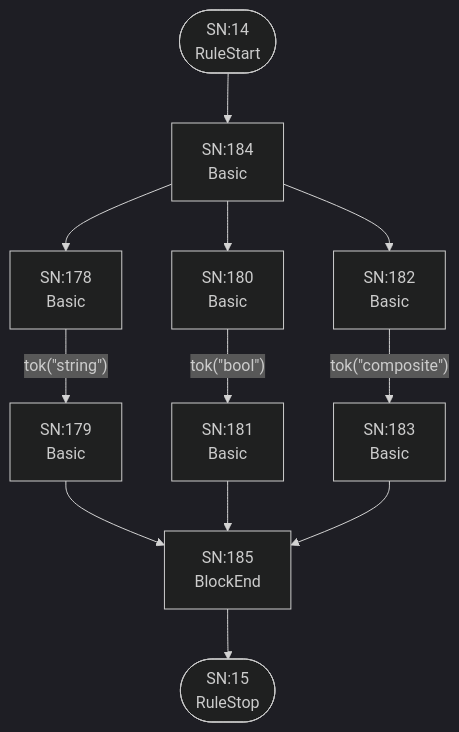
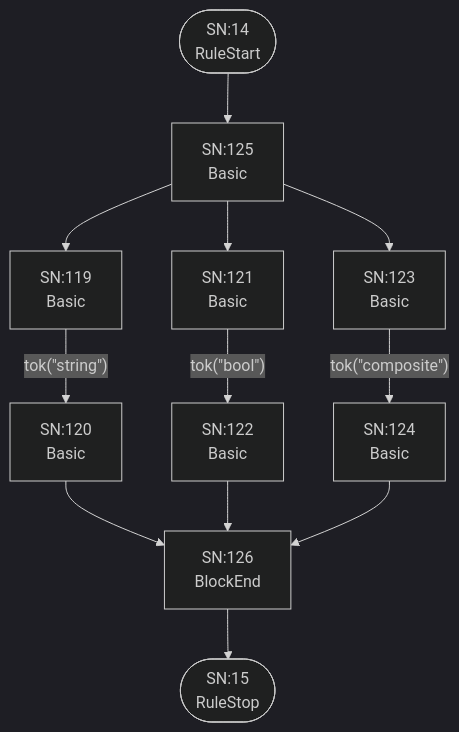
One commit to TypeFox/fastbelt changed the eighth of 25 diagrams in internal/grammar/atn.md. Above: the diagram before and after it, drawn with Mermaid (dark theme). The commit also changed other lines of this file and 12 other files, not shown here.

````diff
--- a/internal/grammar/atn.md
+++ b/internal/grammar/atn.md
@@ -223,25 +223,25 @@
 ```mermaid
 flowchart TD
     q14(["SN:14<br/>RuleStart"])
     q15(["SN:15<br/>RuleStop"])
-    q178["SN:178<br/>Basic<br/>"]
-    q179["SN:179<br/>Basic<br/>"]
-    q180["SN:180<br/>Basic<br/>"]
-    q181["SN:181<br/>Basic<br/>"]
-    q182["SN:182<br/>Basic<br/>"]
-    q183["SN:183<br/>Basic<br/>"]
-    q184["SN:184<br/>Basic<br/>"]
-    q185["SN:185<br/>BlockEnd<br/>"]
+    q119["SN:119<br/>Basic<br/>"]
+    q120["SN:120<br/>Basic<br/>"]
+    q121["SN:121<br/>Basic<br/>"]
+    q122["SN:122<br/>Basic<br/>"]
+    q123["SN:123<br/>Basic<br/>"]
+    q124["SN:124<br/>Basic<br/>"]
+    q125["SN:125<br/>Basic<br/>"]
+    q126["SN:126<br/>BlockEnd<br/>"]
 
-    q14 --> q184
-    q178 -->|"tok(&quot;string&quot;)"| q179
-    q179 --> q185
-    q180 -->|"tok(&quot;bool&quot;)"| q181
-    q181 --> q185
-    q182 -->|"tok(&quot;composite&quot;)"| q183
-    q183 --> q185
-    q184 --> q178
-    q184 --> q180
-    q184 --> q182
-    q185 --> q15
+    q14 --> q125
+    q119 -->|"tok(&quot;string&quot;)"| q120
+    q120 --> q126
+    q121 -->|"tok(&quot;bool&quot;)"| q122
+    q122 --> q126
+    q123 -->|"tok(&quot;composite&quot;)"| q124
+    q124 --> q126
+    q125 --> q119
+    q125 --> q121
+    q125 --> q123
+    q126 --> q15
 ```
````
